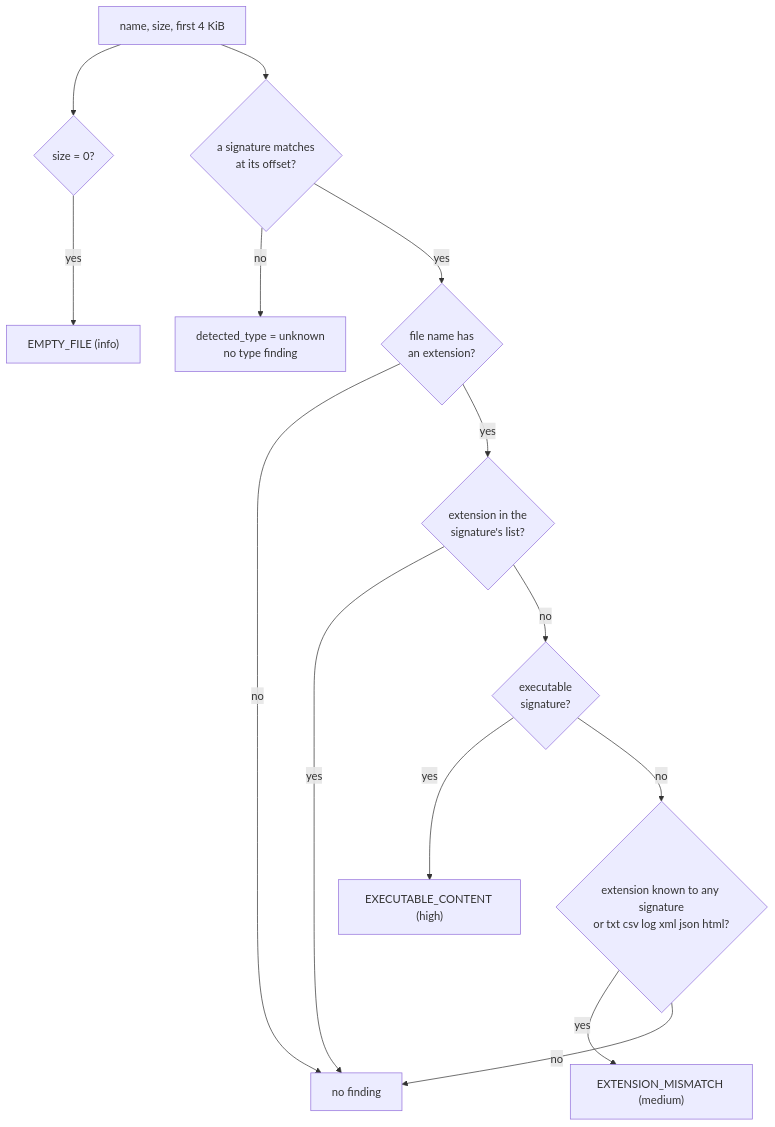
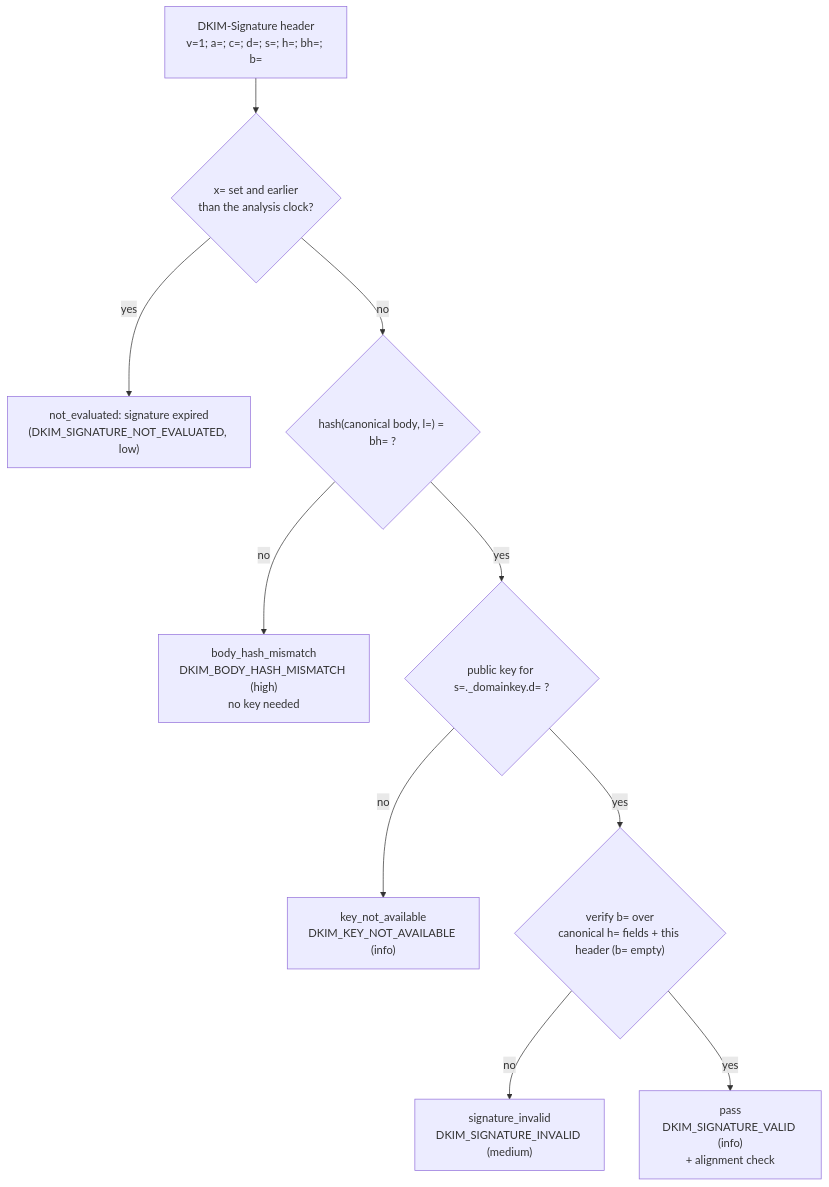
Before and after one commit to Panacota96/rv-mailauth: the sixth of 11 diagrams in docs/theory.md, drawn with Mermaid. The commit also changed other lines of this file and 101 other files, not shown here.

````diff
--- a/docs/theory.md
+++ b/docs/theory.md
@@ -372,16 +363,12 @@
 ```mermaid
-flowchart TB
-    S["name, size, first 4 KiB"] --> Z{"size = 0?"}
-    Z -->|yes| E0["EMPTY_FILE (info)"]
-    S --> D{"a signature matches<br/>at its offset?"}
-    D -->|no| U["detected_type = unknown<br/>no type finding"]
-    D -->|yes| X{"file name has<br/>an extension?"}
-    X -->|no| N["no finding"]
-    X -->|yes| L{"extension in the<br/>signature's list?"}
-    L -->|yes| N
-    L -->|no| P{"executable<br/>signature?"}
-    P -->|yes| H["EXECUTABLE_CONTENT (high)"]
-    P -->|no| K{"extension known to any signature<br/>or txt csv log xml json html?"}
-    K -->|yes| M["EXTENSION_MISMATCH (medium)"]
-    K -->|no| N
+flowchart TD
+    S["DKIM-Signature header<br/>v=1; a=; c=; d=; s=; h=; bh=; b="] --> X{"x= set and earlier<br/>than the analysis clock?"}
+    X -- yes --> NE["not_evaluated: signature expired<br/>(DKIM_SIGNATURE_NOT_EVALUATED, low)"]
+    X -- no --> BH{"hash(canonical body, l=) = bh= ?"}
+    BH -- no --> BHM["body_hash_mismatch<br/>DKIM_BODY_HASH_MISMATCH (high)<br/>no key needed"]
+    BH -- yes --> K{"public key for s=._domainkey.d= ?"}
+    K -- no --> KNA["key_not_available<br/>DKIM_KEY_NOT_AVAILABLE (info)"]
+    K -- yes --> B{"verify b= over<br/>canonical h= fields + this header (b= empty)"}
+    B -- no --> SI["signature_invalid<br/>DKIM_SIGNATURE_INVALID (medium)"]
+    B -- yes --> P["pass<br/>DKIM_SIGNATURE_VALID (info)<br/>+ alignment check"]
 ```
````
